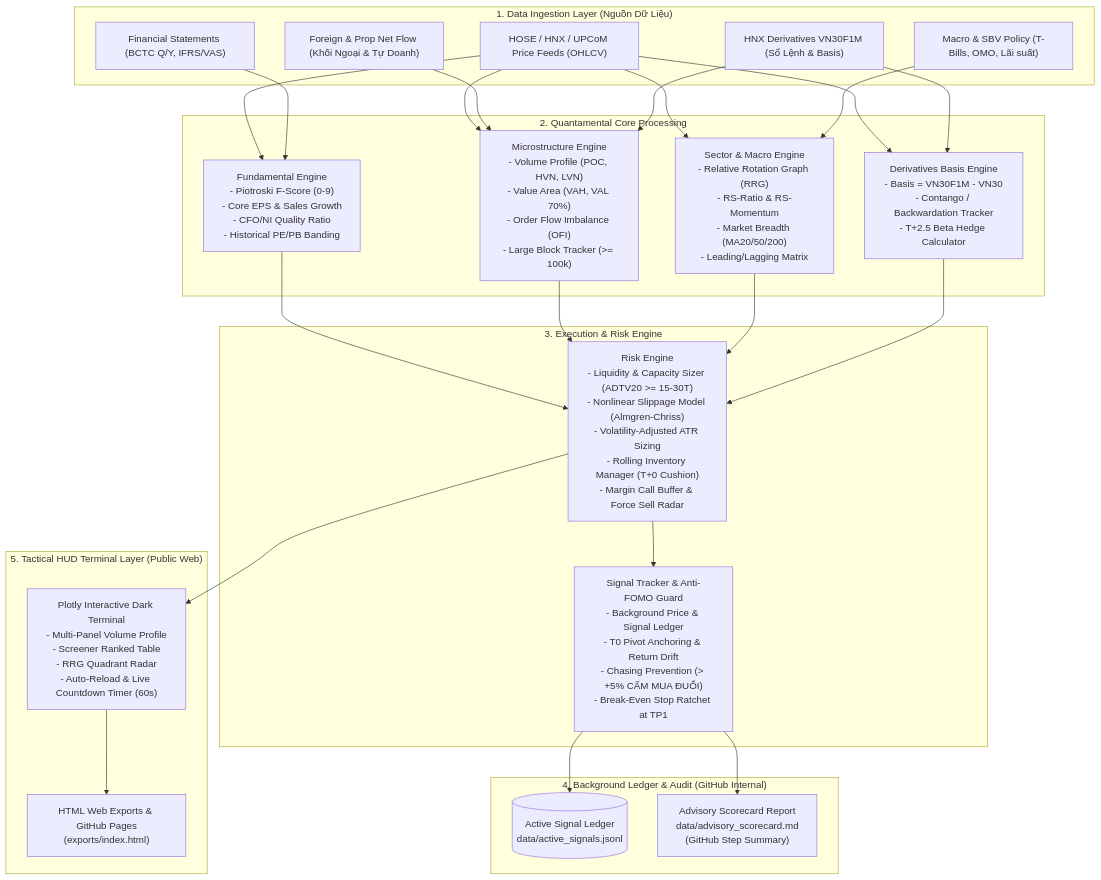
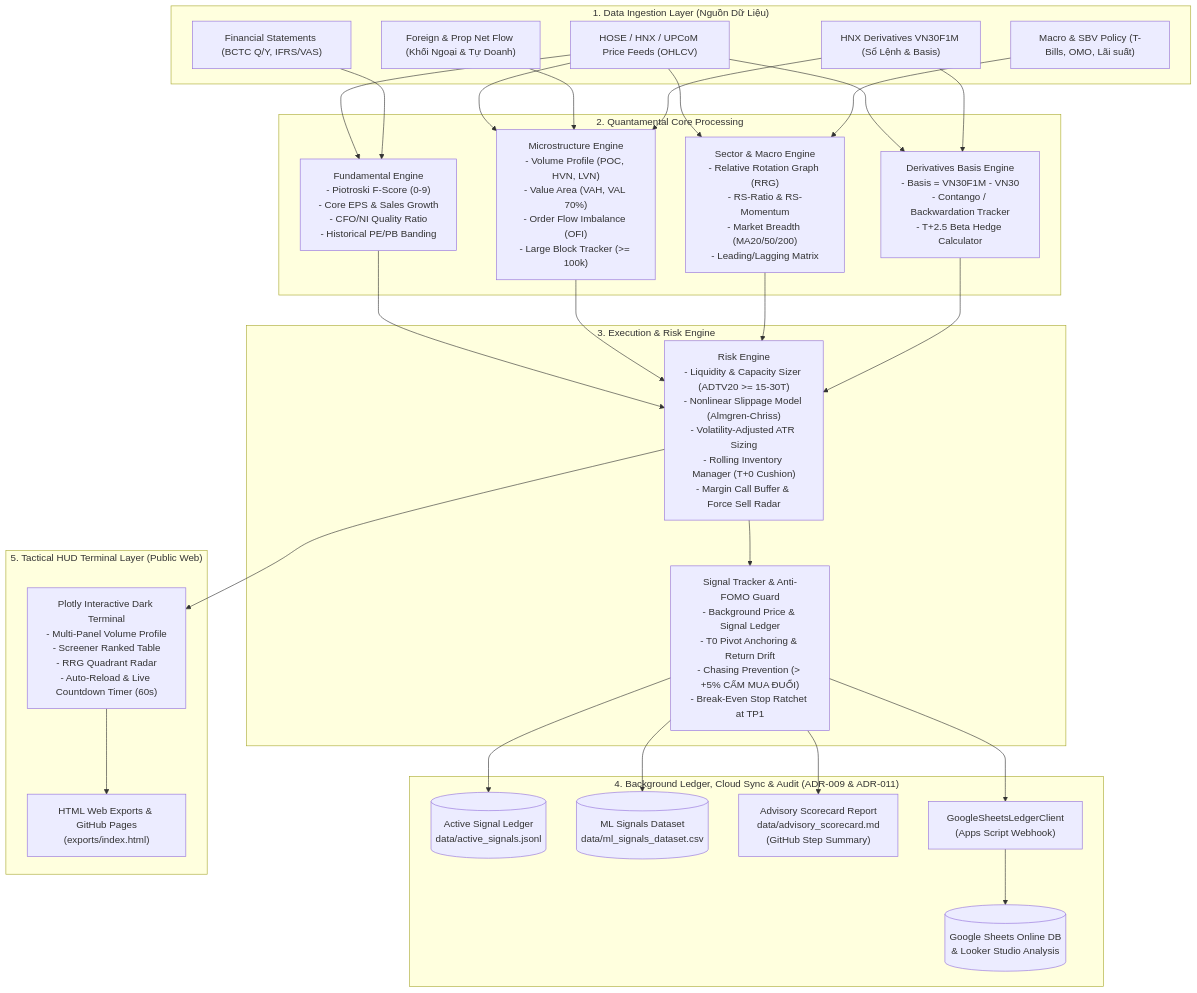
One commit to DaniNguyen2509/Neiro-Stock-VN changed the diagram in docs/architecture.md. Above: the diagram before and after it, drawn with Mermaid. The commit also changed other lines of this file and 11 other files, not shown here.

Commit message:
feat(ml): implement online signal ledger, google sheets sync and ML dataset pipeline (ADR-011)

````diff
--- a/docs/architecture.md
+++ b/docs/architecture.md
@@ -7,44 +7,50 @@
 ```mermaid
 flowchart TD
     subgraph Data_Sources ["1. Data Ingestion Layer (Nguồn Dữ Liệu)"]
         D1["HOSE / HNX / UPCoM Price Feeds (OHLCV)"]
         D2["Financial Statements (BCTC Q/Y, IFRS/VAS)"]
         D3["Foreign & Prop Net Flow (Khối Ngoại & Tự Doanh)"]
         D4["HNX Derivatives VN30F1M (Sổ Lệnh & Basis)"]
         D5["Macro & SBV Policy (T-Bills, OMO, Lãi suất)"]
     end
 
     subgraph Quant_Engines ["2. Quantamental Core Processing"]
         FE["Fundamental Engine\n- Piotroski F-Score (0-9)\n- Core EPS & Sales Growth\n- CFO/NI Quality Ratio\n- Historical PE/PB Banding"]
         ME["Microstructure Engine\n- Volume Profile (POC, HVN, LVN)\n- Value Area (VAH, VAL 70%)\n- Order Flow Imbalance (OFI)\n- Large Block Tracker (>= 100k)"]
         SE["Sector & Macro Engine\n- Relative Rotation Graph (RRG)\n- RS-Ratio & RS-Momentum\n- Market Breadth (MA20/50/200)\n- Leading/Lagging Matrix"]
         DE["Derivatives Basis Engine\n- Basis = VN30F1M - VN30\n- Contango / Backwardation Tracker\n- T+2.5 Beta Hedge Calculator"]
     end
 
     subgraph Risk_Orchestrator ["3. Execution & Risk Engine"]
         RE["Risk Engine\n- Liquidity & Capacity Sizer (ADTV20 >= 15-30T)\n- Nonlinear Slippage Model (Almgren-Chriss)\n- Volatility-Adjusted ATR Sizing\n- Rolling Inventory Manager (T+0 Cushion)\n- Margin Call Buffer & Force Sell Radar"]
         ST["Signal Tracker & Anti-FOMO Guard\n- Background Price & Signal Ledger\n- T0 Pivot Anchoring & Return Drift\n- Chasing Prevention (> +5% CẤM MUA ĐUỔI)\n- Break-Even Stop Ratchet at TP1"]
     end
 
-    subgraph Storage_Audit ["4. Background Ledger & Audit (GitHub Internal)"]
+    subgraph Storage_Audit ["4. Background Ledger, Cloud Sync & Audit (ADR-009 & ADR-011)"]
         LEDGER[("Active Signal Ledger\ndata/active_signals.jsonl")]
+        ML_DATA[("ML Signals Dataset\ndata/ml_signals_dataset.csv")]
         SCORECARD["Advisory Scorecard Report\ndata/advisory_scorecard.md\n(GitHub Step Summary)"]
+        GS_CLIENT["GoogleSheetsLedgerClient\n(Apps Script Webhook)"]
+        GSHEET[("Google Sheets Online DB\n& Looker Studio Analysis")]
     end
 
     subgraph HUD_Presentation ["5. Tactical HUD Terminal Layer (Public Web)"]
         HUD["Plotly Interactive Dark Terminal\n- Multi-Panel Volume Profile\n- Screener Ranked Table\n- RRG Quadrant Radar\n- Auto-Reload & Live Countdown Timer (60s)"]
         OUT["HTML Web Exports & GitHub Pages\n(exports/index.html)"]
     end
 
     D1 & D2 --> FE
     D1 & D3 & D4 --> ME
     D1 & D5 --> SE
     D1 & D4 --> DE
 
     FE & ME & SE & DE --> RE
     RE --> ST
     ST --> LEDGER
+    ST --> ML_DATA
     ST --> SCORECARD
+    ST --> GS_CLIENT
+    GS_CLIENT --> GSHEET
     RE --> HUD
     HUD --> OUT
 ```
````
